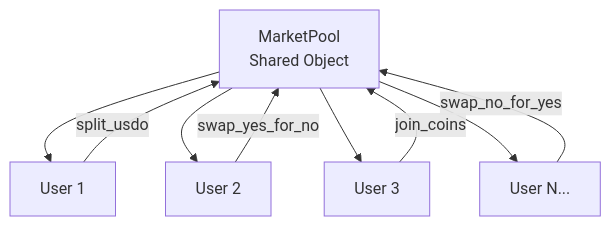
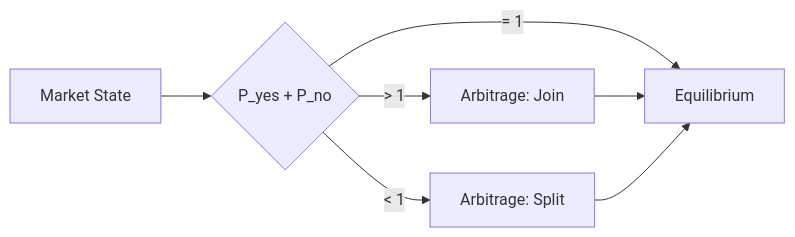
The second of 4 diagrams in docs/CPMM_SLIDES.md (uooooo/one-fight-arena-DAO), drawn with Mermaid before and after one commit. The commit also changed other lines of this file, not shown here.

````diff
--- a/docs/CPMM_SLIDES.md
+++ b/docs/CPMM_SLIDES.md
@@ -275,12 +65,9 @@
 ```mermaid
-graph TB
-    A[MarketPool<br/>Shared Object] --> B[User 1]
-    A --> C[User 2]
-    A --> D[User 3]
-    A --> E[User N...]
-    
-    B -->|split_usdo| A
-    C -->|swap_yes_for_no| A
-    D -->|join_coins| A
-    E -->|swap_no_for_yes| A
+graph LR
+    A[Market State] --> B{P_yes + P_no}
+    B -->|> 1| C[Arbitrage: Join]
+    B -->|< 1| D[Arbitrage: Split]
+    B -->|= 1| E[Equilibrium]
+    C --> E
+    D --> E
 ```
````
